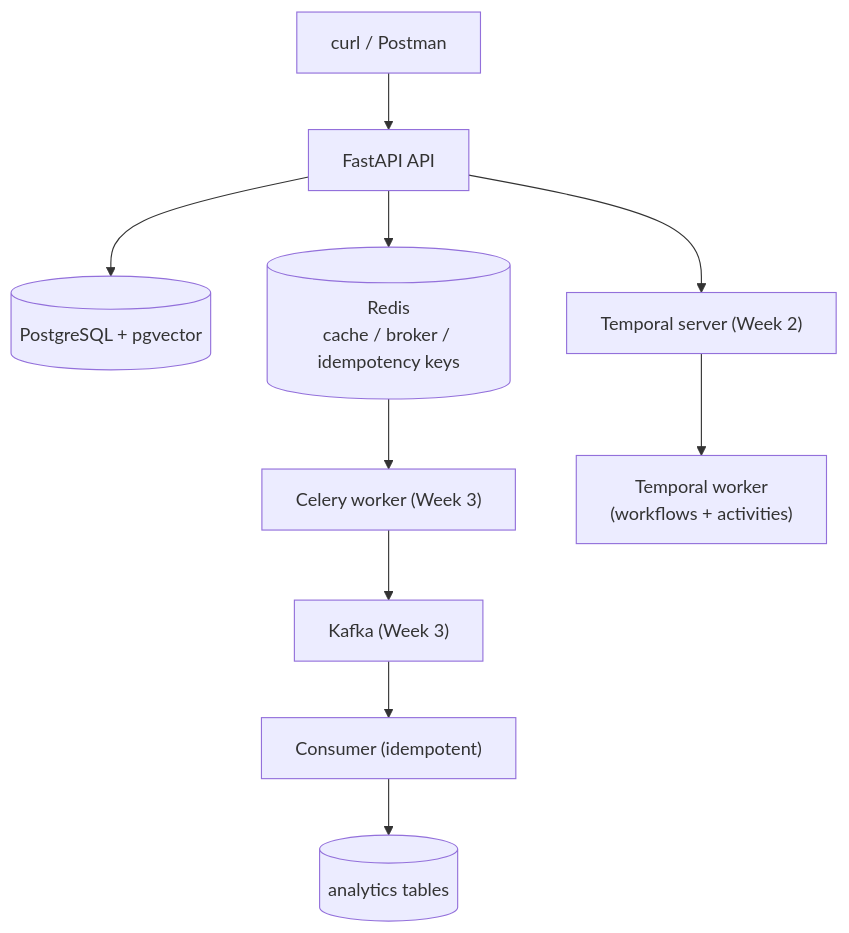
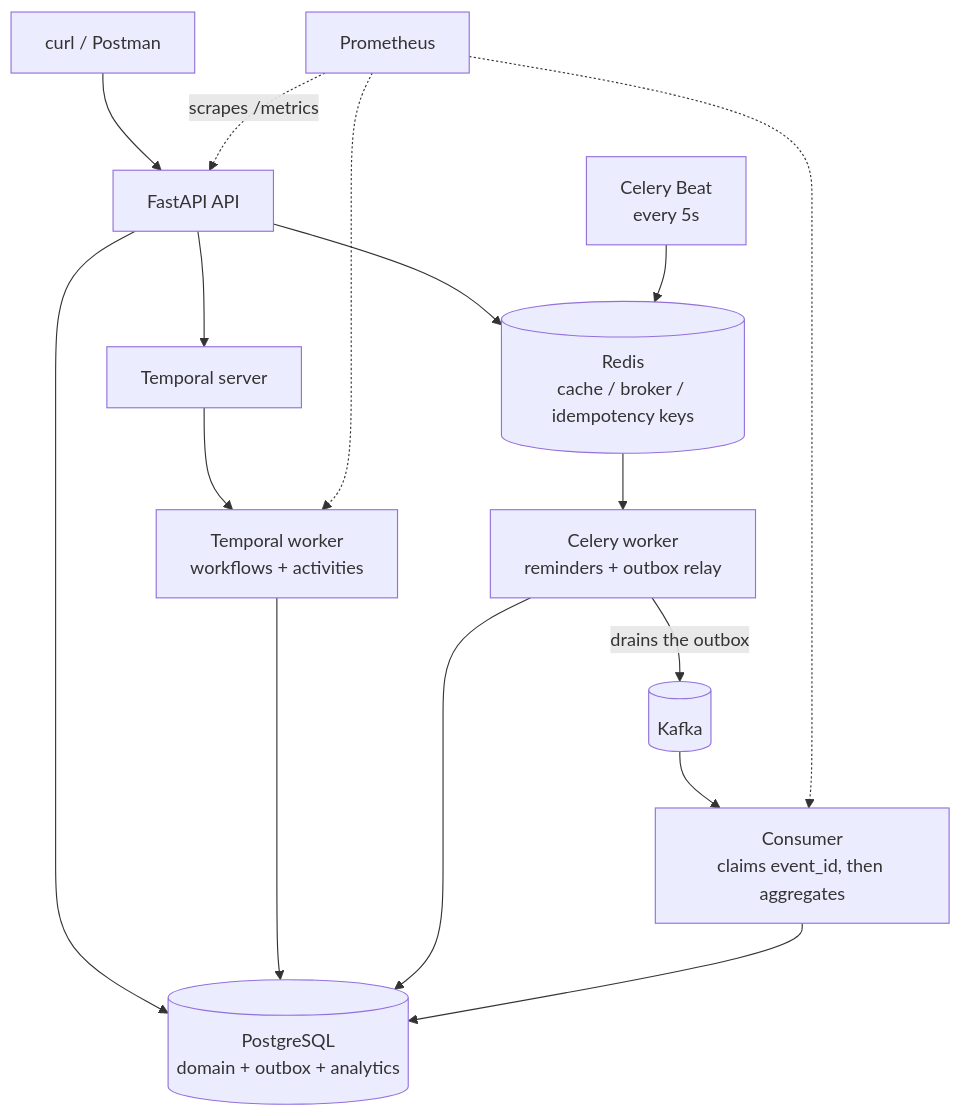
The diagram in README.md (Fawwad795/smarthealth-fawwad), drawn with Mermaid before and after one commit. The commit also changed other lines of this file and 2 other files, not shown here.

Commit message:
docs: document the events and redraw the architecture
docs/events.md covers all six events -- envelope, publisher, payload, what the consumer does with each, topics, the outbox, and the claim-then-handle rule that makes a replay a no-op.

The README diagram was out of date in three ways: Celery appeared to publish to Kafka with no outbox in between, Prometheus was missing entirely, and the consumer wrote to a separate analytics store rather than Postgres. It also still credited Celery with the analytics rollup, which the consumer replaced on Day 3.

design.md picks up the UTC bucket limitation carried from Day 4: what the boundary is, why it never shows as drift, and why it is not being fixed this week.

````diff
--- a/README.md
+++ b/README.md
@@ -33,15 +33,23 @@
 ```mermaid
 flowchart TD
     Client["curl / Postman"] --> API["FastAPI API"]
 
-    API --> PG[("PostgreSQL + pgvector")]
+    API --> PG[("PostgreSQL<br/>domain + outbox + analytics")]
     API --> Redis[("Redis<br/>cache / broker / idempotency keys")]
-    API --> TemporalServer["Temporal server (Week 2)"]
+    API --> TemporalServer["Temporal server"]
 
-    Redis --> Celery["Celery worker (Week 3)"]
-    TemporalServer --> TemporalWorker["Temporal worker<br/>(workflows + activities)"]
+    TemporalServer --> TemporalWorker["Temporal worker<br/>workflows + activities"]
+    TemporalWorker --> PG
 
-    Celery --> Kafka["Kafka (Week 3)"]
-    Kafka --> Consumer["Consumer (idempotent)"]
-    Consumer --> Analytics[("analytics tables")]
+    Beat["Celery Beat<br/>every 5s"] --> Redis
+    Redis --> Celery["Celery worker<br/>reminders + outbox relay"]
+    Celery --> PG
+    Celery -- "drains the outbox" --> Kafka[("Kafka")]
+
+    Kafka --> Consumer["Consumer<br/>claims event_id, then aggregates"]
+    Consumer --> PG
+
+    Prometheus["Prometheus"] -. "scrapes /metrics" .-> API
+    Prometheus -.-> TemporalWorker
+    Prometheus -.-> Consumer
 ```
````
